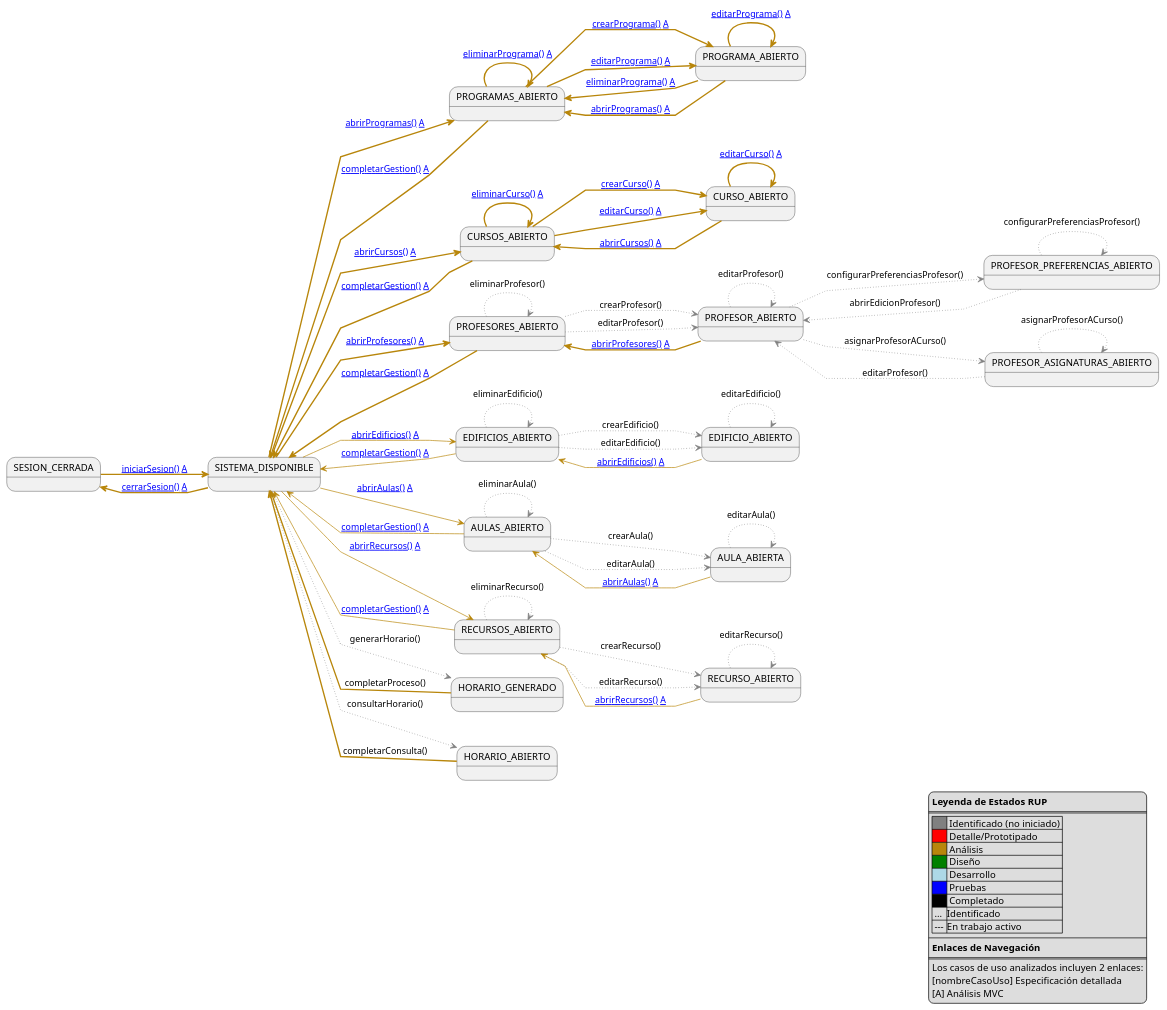
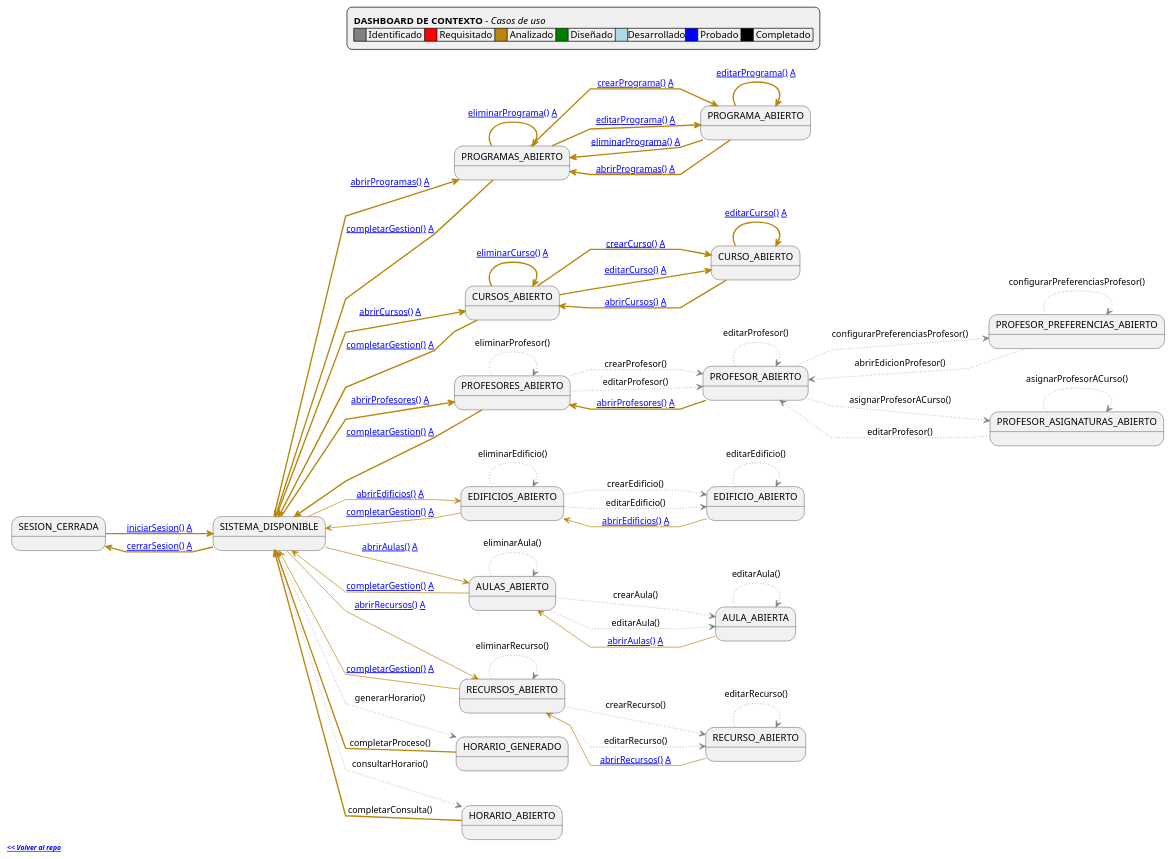
Before and after one commit to Hexcss/scheduler: the diagram in RUP/99-seguimiento/diagrama-contexto-administrador.puml, drawn with PlantUML. The commit also changed 1 other file, not shown here.

Commit message:
style(diagrama): actualizar leyenda y formato del diagrama de contexto

```diff
--- a/RUP/99-seguimiento/diagrama-contexto-administrador.puml
+++ b/RUP/99-seguimiento/diagrama-contexto-administrador.puml
@@ -1,105 +1,110 @@
 @startuml diagrama-contexto-administrador
 
 left to right direction
 skinparam linetype polyline
 
-legend bottom right
-    **Leyenda de Estados RUP**
-    ====
-    |<#gray>     | Identificado (no iniciado) |
-    |<#red>      | Detalle/Prototipado |
-    |<#darkgoldenrod>| Análisis |
-    |<#green>    | Diseño |
-    |<#lightblue>| Desarrollo |
-    |<#blue>     | Pruebas |
-    |<#black>    | Completado |
-    | ... |Identificado|
-    | --- |En trabajo activo|
-    ----
-    **Enlaces de Navegación**
-    ====
-    Los casos de uso analizados incluyen 2 enlaces:
-    [nombreCasoUso] Especificación detallada
-    [A] Análisis MVC
+<style>
+legend {
+  BackGroundColor #f0f0f0;
+  'Margin 30
+  Padding 10
+}
+footer {
+  HorizontalAlignment left
+}
+
+</style>
+
+legend top
+    **DASHBOARD DE CONTEXTO** - <i>Casos de uso</i>
+    '====
+    |<#gray>     | Identificado |<#red>     | Requisitado |<#darkgoldenrod>     | Analizado |<#green>     | Diseñado |<#lightblue>     |Desarrollado|<#blue>     | Probado |<#black>     | Completado |
+    '====
+    '[**nombreCasoUso()**] -> Especificación detallada / [**A**] -> Análisis MVC
+    '====
 end legend
+
+footer
+**<i>[[https://github.com/mmasias/pySigHor << Volver al repo]]</i>** 
+end footer
 
 state "SESION_CERRADA" as NoAuth
 state "SISTEMA_DISPONIBLE" as Menu
 
 state "PROGRAMAS_ABIERTO" as ListProgramas
 state "PROGRAMA_ABIERTO" as EditPrograma
 state "CURSOS_ABIERTO" as ListCursos
 state "CURSO_ABIERTO" as EditCurso
 state "PROFESORES_ABIERTO" as ListProfesores
 state "PROFESOR_ABIERTO" as EditProfesor
 state "PROFESOR_PREFERENCIAS_ABIERTO" as EditProfesorPreferencias
 state "EDIFICIOS_ABIERTO" as ListEdificios
 state "EDIFICIO_ABIERTO" as EditEdificio
 state "AULAS_ABIERTO" as ListAulas
 state "AULA_ABIERTA" as EditAula
 state "RECURSOS_ABIERTO" as ListRecursos
 state "RECURSO_ABIERTO" as EditRecurso
 
 state "PROFESOR_ASIGNATURAS_ABIERTO" as Asignaciones
 state "HORARIO_GENERADO" as Generacion
 state "HORARIO_ABIERTO" as Consulta
 
 NoAuth -[#darkgoldenrod,thickness=2]-> Menu: [[https://github.com/mmasias/pySigHor/blob/main/RUP/00-casos-uso/02-detalle/iniciarSesion/README.md iniciarSesion()]] [[https://github.com/mmasias/pySigHor/blob/main/RUP/01-analisis/casos-uso/iniciarSesion/README.md A]]
 
 Menu -[#darkgoldenrod,thickness=2]-> NoAuth: [[https://github.com/mmasias/pySigHor/blob/main/RUP/00-casos-uso/02-detalle/cerrarSesion/README.md cerrarSesion()]] [[https://github.com/mmasias/pySigHor/blob/main/RUP/01-analisis/casos-uso/cerrarSesion/README.md A]]
 Menu -[#darkgoldenrod,thickness=2]-> ListProgramas: [[https://github.com/mmasias/pySigHor/blob/main/RUP/00-casos-uso/02-detalle/abrirProgramas/README.md abrirProgramas()]] [[https://github.com/mmasias/pySigHor/blob/main/RUP/01-analisis/casos-uso/abrirProgramas/README.md A]]
 Menu -[#darkgoldenrod,thickness=2]-> ListCursos: [[https://github.com/mmasias/pySigHor/blob/main/RUP/00-casos-uso/02-detalle/abrirCursos/README.md abrirCursos()]] [[https://github.com/mmasias/pySigHor/blob/main/RUP/01-analisis/casos-uso/abrirCursos/README.md A]]
 Menu -[#darkgoldenrod,thickness=2]-> ListProfesores: [[https://github.com/mmasias/pySigHor/blob/main/RUP/00-casos-uso/02-detalle/abrirProfesores/README.md abrirProfesores()]] [[https://github.com/mmasias/pySigHor/blob/main/RUP/01-analisis/casos-uso/abrirProfesores/README.md A]]
 Menu -[#darkgoldenrod]-> ListEdificios: [[https://github.com/mmasias/pySigHor/blob/main/RUP/00-casos-uso/02-detalle/abrirEdificios/README.md abrirEdificios()]] [[https://github.com/mmasias/pySigHor/blob/main/RUP/01-analisis/casos-uso/abrirEdificios/README.md A]]
 Menu -[#darkgoldenrod]-> ListAulas: [[https://github.com/mmasias/pySigHor/blob/main/RUP/00-casos-uso/02-detalle/abrirAulas/README.md abrirAulas()]] [[https://github.com/mmasias/pySigHor/blob/main/RUP/01-analisis/casos-uso/abrirAulas/README.md A]]
 Menu -[#darkgoldenrod]-> ListRecursos: [[https://github.com/mmasias/pySigHor/blob/main/RUP/00-casos-uso/02-detalle/abrirRecursos/README.md abrirRecursos()]] [[https://github.com/mmasias/pySigHor/blob/main/RUP/01-analisis/casos-uso/abrirRecursos/README.md A]]
 Menu -[#gray,dotted]-> Generacion: generarHorario()
 Menu -[#gray,dotted]-> Consulta: consultarHorario()
 
 EditProfesor -[#gray,dotted]-> Asignaciones: asignarProfesorACurso()
 
 Asignaciones -[#gray,dotted]-> Asignaciones: asignarProfesorACurso()
 Asignaciones -[#gray,dotted]-> EditProfesor: editarProfesor()
 ListProgramas -[#darkgoldenrod,thickness=2]-> EditPrograma: [[https://github.com/mmasias/pySigHor/blob/main/RUP/00-casos-uso/02-detalle/crearPrograma/README.md crearPrograma()]] [[https://github.com/mmasias/pySigHor/blob/main/RUP/01-analisis/casos-uso/crearPrograma/README.md A]]
 ListProgramas -[#darkgoldenrod,thickness=2]-> EditPrograma: [[https://github.com/mmasias/pySigHor/blob/main/RUP/00-casos-uso/02-detalle/editarPrograma/README.md editarPrograma()]] [[https://github.com/mmasias/pySigHor/blob/main/RUP/01-analisis/casos-uso/editarPrograma/README.md A]]
 ListProgramas -[#darkgoldenrod,thickness=2]-> ListProgramas: [[https://github.com/mmasias/pySigHor/blob/main/RUP/00-casos-uso/02-detalle/eliminarPrograma/README.md eliminarPrograma()]] [[https://github.com/mmasias/pySigHor/blob/main/RUP/01-analisis/casos-uso/eliminarPrograma/README.md A]]
 EditPrograma -[#darkgoldenrod,thickness=2]-> EditPrograma: [[https://github.com/mmasias/pySigHor/blob/main/RUP/00-casos-uso/02-detalle/editarPrograma/README.md editarPrograma()]] [[https://github.com/mmasias/pySigHor/blob/main/RUP/01-analisis/casos-uso/editarPrograma/README.md A]]
 EditPrograma -[#darkgoldenrod,thickness=2]-> ListProgramas: [[https://github.com/mmasias/pySigHor/blob/main/RUP/00-casos-uso/02-detalle/eliminarPrograma/README.md eliminarPrograma()]] [[https://github.com/mmasias/pySigHor/blob/main/RUP/01-analisis/casos-uso/eliminarPrograma/README.md A]]
 EditPrograma -[#darkgoldenrod,thickness=2]-> ListProgramas: [[https://github.com/mmasias/pySigHor/blob/main/RUP/00-casos-uso/02-detalle/abrirProgramas/README.md abrirProgramas()]] [[https://github.com/mmasias/pySigHor/blob/main/RUP/01-analisis/casos-uso/abrirProgramas/README.md A]]
 ListCursos -[#darkgoldenrod,thickness=2]-> EditCurso: [[https://github.com/mmasias/pySigHor/blob/main/RUP/00-casos-uso/02-detalle/crearCurso/README.md crearCurso()]] [[https://github.com/mmasias/pySigHor/blob/main/RUP/01-analisis/casos-uso/crearCurso/README.md A]]
 ListCursos -[#darkgoldenrod,thickness=2]-> EditCurso: [[https://github.com/mmasias/pySigHor/blob/main/RUP/00-casos-uso/02-detalle/editarCurso/README.md editarCurso()]] [[https://github.com/mmasias/pySigHor/blob/main/RUP/01-analisis/casos-uso/editarCurso/README.md A]]
 ListCursos -[#darkgoldenrod,thickness=2]-> ListCursos: [[https://github.com/mmasias/pySigHor/blob/main/RUP/00-casos-uso/02-detalle/eliminarCurso/README.md eliminarCurso()]] [[https://github.com/mmasias/pySigHor/blob/main/RUP/01-analisis/casos-uso/eliminarCurso/README.md A]]
 EditCurso -[#darkgoldenrod,thickness=2]-> EditCurso: [[https://github.com/mmasias/pySigHor/blob/main/RUP/00-casos-uso/02-detalle/editarCurso/README.md editarCurso()]] [[https://github.com/mmasias/pySigHor/blob/main/RUP/01-analisis/casos-uso/editarCurso/README.md A]]
 EditCurso -[#darkgoldenrod,thickness=2]-> ListCursos: [[https://github.com/mmasias/pySigHor/blob/main/RUP/00-casos-uso/02-detalle/abrirCursos/README.md abrirCursos()]] [[https://github.com/mmasias/pySigHor/blob/main/RUP/01-analisis/casos-uso/abrirCursos/README.md A]]
 ListProfesores -[#gray,dotted]-> EditProfesor: crearProfesor()
 ListProfesores -[#gray,dotted]-> EditProfesor: editarProfesor()
 ListProfesores -[#gray,dotted]-> ListProfesores: eliminarProfesor()
 EditProfesor -[#gray,dotted]-> EditProfesor: editarProfesor()
 EditProfesor -[#gray,dotted]-> EditProfesorPreferencias: configurarPreferenciasProfesor()
 EditProfesor -[#darkgoldenrod,thickness=2]-> ListProfesores: [[https://github.com/mmasias/pySigHor/blob/main/RUP/00-casos-uso/02-detalle/abrirProfesores/README.md abrirProfesores()]] [[https://github.com/mmasias/pySigHor/blob/main/RUP/01-analisis/casos-uso/abrirProfesores/README.md A]]
 EditProfesorPreferencias -[#gray,dotted]-> EditProfesorPreferencias: configurarPreferenciasProfesor()
 EditProfesorPreferencias -[#gray,dotted]-> EditProfesor: abrirEdicionProfesor()
 ListEdificios -[#gray,dotted]-> EditEdificio: crearEdificio()
 ListEdificios -[#gray,dotted]-> EditEdificio: editarEdificio()
 ListEdificios -[#gray,dotted]-> ListEdificios: eliminarEdificio()
 EditEdificio -[#gray,dotted]-> EditEdificio: editarEdificio()
 EditEdificio -[#darkgoldenrod]-> ListEdificios: [[https://github.com/mmasias/pySigHor/blob/main/RUP/00-casos-uso/02-detalle/abrirEdificios/README.md abrirEdificios()]] [[https://github.com/mmasias/pySigHor/blob/main/RUP/01-analisis/casos-uso/abrirEdificios/README.md A]]
 ListAulas -[#gray,dotted]-> EditAula: crearAula()
 ListAulas -[#gray,dotted]-> EditAula: editarAula()
 ListAulas -[#gray,dotted]-> ListAulas: eliminarAula()
 EditAula -[#gray,dotted]-> EditAula: editarAula()
 EditAula -[#darkgoldenrod]-> ListAulas: [[https://github.com/mmasias/pySigHor/blob/main/RUP/00-casos-uso/02-detalle/abrirAulas/README.md abrirAulas()]] [[https://github.com/mmasias/pySigHor/blob/main/RUP/01-analisis/casos-uso/abrirAulas/README.md A]]
 ListRecursos -[#gray,dotted]-> EditRecurso: crearRecurso()
 ListRecursos -[#gray,dotted]-> EditRecurso: editarRecurso()
 ListRecursos -[#gray,dotted]-> ListRecursos: eliminarRecurso()
 EditRecurso -[#gray,dotted]-> EditRecurso: editarRecurso()
 EditRecurso -[#darkgoldenrod]-> ListRecursos: [[https://github.com/mmasias/pySigHor/blob/main/RUP/00-casos-uso/02-detalle/abrirRecursos/README.md abrirRecursos()]] [[https://github.com/mmasias/pySigHor/blob/main/RUP/01-analisis/casos-uso/abrirRecursos/README.md A]]
 ListProgramas -[#darkgoldenrod,thickness=2]-> Menu: [[https://github.com/mmasias/pySigHor/blob/main/RUP/00-casos-uso/02-detalle/completarGestion/README.md completarGestion()]] [[https://github.com/mmasias/pySigHor/blob/main/RUP/01-analisis/casos-uso/completarGestion/README.md A]]
 ListCursos -[#darkgoldenrod,thickness=2]-> Menu: [[https://github.com/mmasias/pySigHor/blob/main/RUP/00-casos-uso/02-detalle/completarGestion/README.md completarGestion()]] [[https://github.com/mmasias/pySigHor/blob/main/RUP/01-analisis/casos-uso/completarGestion/README.md A]]
 ListProfesores -[#darkgoldenrod,thickness=2]-> Menu: [[https://github.com/mmasias/pySigHor/blob/main/RUP/00-casos-uso/02-detalle/completarGestion/README.md completarGestion()]] [[https://github.com/mmasias/pySigHor/blob/main/RUP/01-analisis/casos-uso/completarGestion/README.md A]]
 ListEdificios -[#darkgoldenrod]-> Menu: [[https://github.com/mmasias/pySigHor/blob/main/RUP/00-casos-uso/02-detalle/completarGestion/README.md completarGestion()]] [[https://github.com/mmasias/pySigHor/blob/main/RUP/01-analisis/casos-uso/completarGestion/README.md A]]
 ListAulas -[#darkgoldenrod]-> Menu: [[https://github.com/mmasias/pySigHor/blob/main/RUP/00-casos-uso/02-detalle/completarGestion/README.md completarGestion()]] [[https://github.com/mmasias/pySigHor/blob/main/RUP/01-analisis/casos-uso/completarGestion/README.md A]]
 ListRecursos -[#darkgoldenrod]-> Menu: [[https://github.com/mmasias/pySigHor/blob/main/RUP/00-casos-uso/02-detalle/completarGestion/README.md completarGestion()]] [[https://github.com/mmasias/pySigHor/blob/main/RUP/01-analisis/casos-uso/completarGestion/README.md A]]
 Generacion -[#darkgoldenrod,thickness=2]-> Menu: completarProceso()
 Consulta -[#darkgoldenrod,thickness=2]-> Menu: completarConsulta()
 @enduml
```
